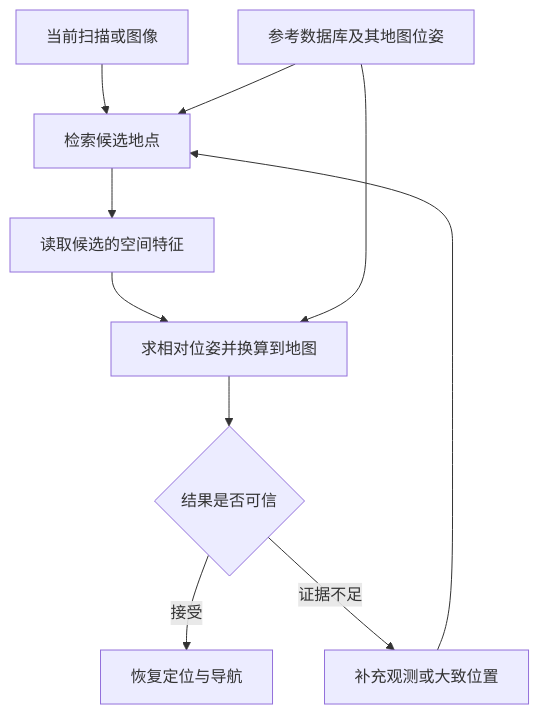
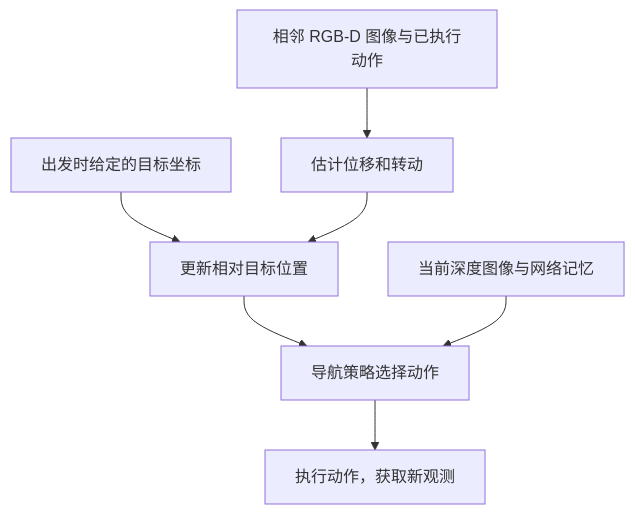
One commit to EnosElinsa/wheeltec-ros-textbook changed the third of 3 diagrams in docs/06-sensors-navigation/33-relocalization-map-dependence.md. Above: the diagram before and after it, drawn with Mermaid. The commit also changed other lines of this file and 4 other files, not shown here.

````diff
--- a/docs/06-sensors-navigation/33-relocalization-map-dependence.md
+++ b/docs/06-sensors-navigation/33-relocalization-map-dependence.md
@@ -127,12 +239,9 @@
 ```mermaid
 flowchart TD
-    A[当前扫描或图像] --> B[检索候选地点]
-    R[参考数据库及其地图位姿] --> B
-    B --> C[读取候选的空间特征]
-    C --> D[求相对位姿并换算到地图]
-    R --> D
-    D --> E{结果是否可信}
-    E -->|接受| F[恢复定位与导航]
-    E -->|证据不足| G[补充观测或大致位置]
-    G --> B
+    I[出发时给定的目标坐标] --> G[更新相对目标位置]
+    V[相邻 RGB-D 图像与已执行动作] --> O[估计位移和转动]
+    O --> G
+    G --> P[导航策略选择动作]
+    D[当前深度图像与网络记忆] --> P
+    P --> N[执行动作，获取新观测]
 ```
````
